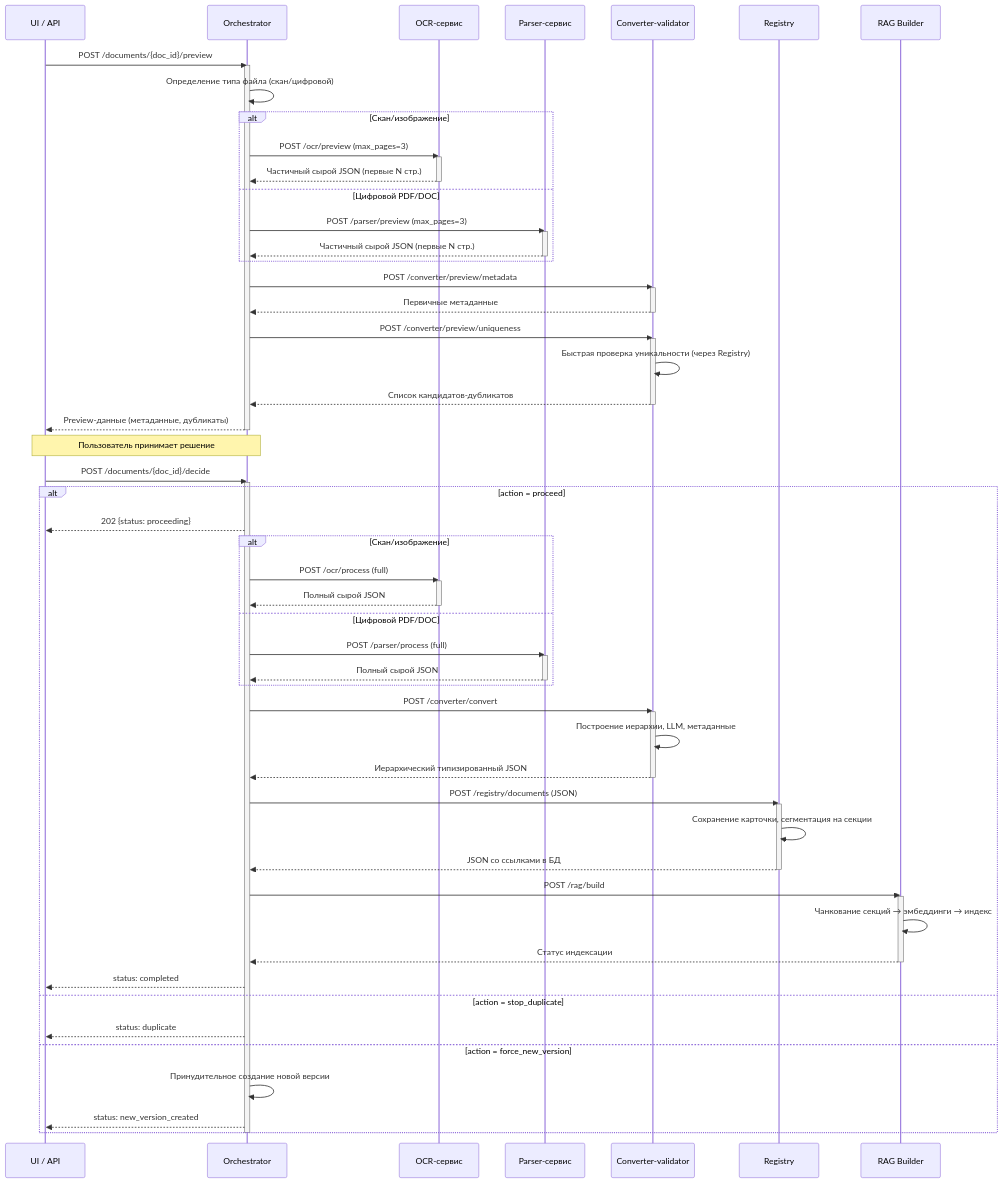
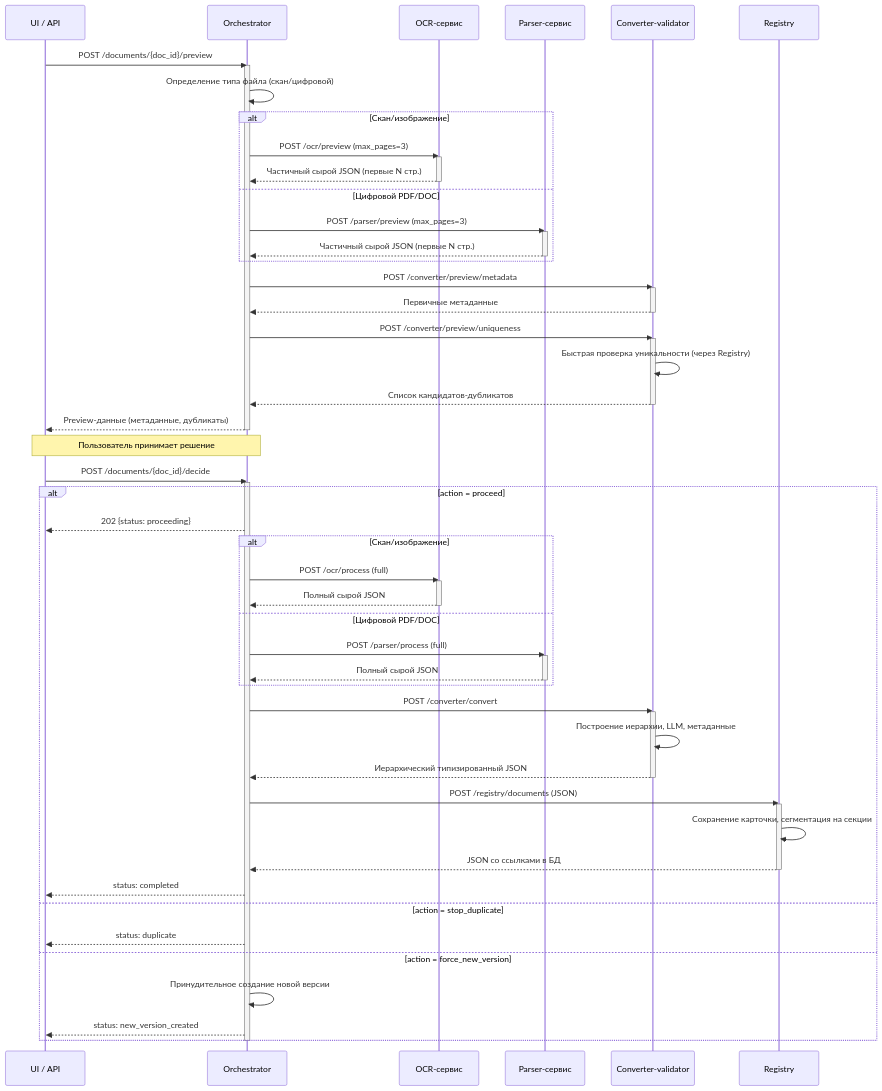
Before and after one commit to MasterKSAF/PKB: the first of 3 diagrams in docs/pipelines/pipeline1-formation.md, drawn with Mermaid. The commit also changed other lines of this file and 14 other files, not shown here.

```diff
--- a/docs/pipelines/pipeline1-formation.md
+++ b/docs/pipelines/pipeline1-formation.md
@@ -11,7 +11,7 @@
     participant Pars as Parser-сервис
     participant Conv as Converter-validator
     participant Reg as Registry
-    participant RAGb as RAG Builder
+
 
     %% Фаза Preview
     UI->>Orch: POST /documents/{doc_id}/preview
@@ -72,12 +72,6 @@
         Reg-->>Orch: JSON со ссылками в БД
         deactivate Reg
 
-        Orch->>RAGb: POST /rag/build
-        activate RAGb
-        RAGb->>RAGb: Чанкование секций → эмбеддинги → индекс
-        RAGb-->>Orch: Статус индексации
-        deactivate RAGb
-
         Orch-->>UI: status: completed
     else action = stop_duplicate
         Orch-->>UI: status: duplicate
```
